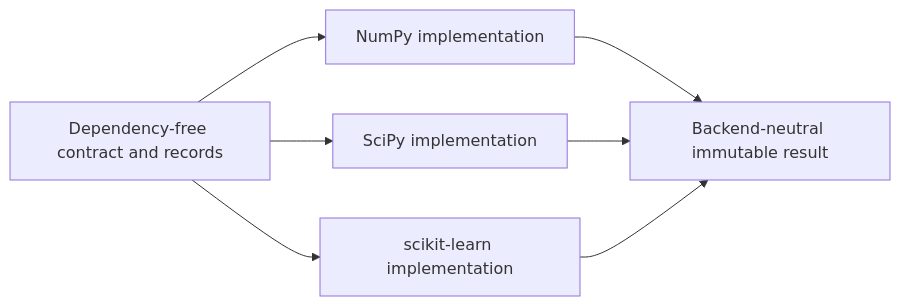
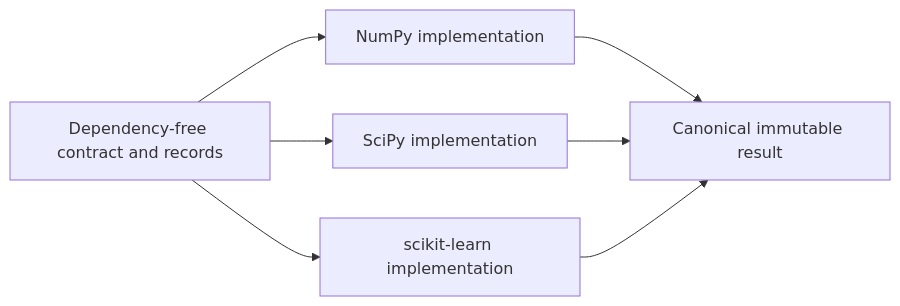
One commit to eragasa/projectkoios-optimization changed the second of 3 diagrams in docs/architecture/projectkoios/numerics/schematics.md. Above: the diagram before and after it, drawn with Mermaid. The commit also changed 35 other files, not shown here.

````diff
--- a/docs/architecture/projectkoios/numerics/schematics.md
+++ b/docs/architecture/projectkoios/numerics/schematics.md
@@ -20,9 +20,9 @@
 ```mermaid
 flowchart LR
     C[Dependency-free contract and records] --> N[NumPy implementation]
     C --> S[SciPy implementation]
     C --> K[scikit-learn implementation]
-    N --> R[Backend-neutral immutable result]
+    N --> R[Canonical immutable result]
     S --> R
     K --> R
 ```
````
